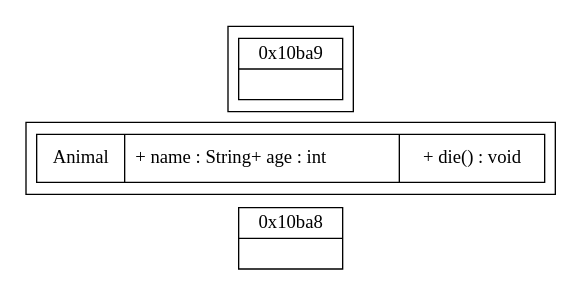
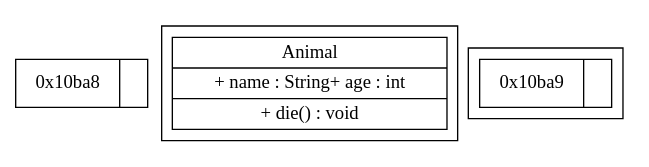
The diagram in dpdk/内存管理.md (sisyphus1212/note), drawn with Graphviz before and after one commit.

Commit message:
auto_update

````diff
--- a/dpdk/内存管理.md
+++ b/dpdk/内存管理.md
@@ -16,19 +16,19 @@
 ```graphviz
 digraph g {
-	rankdir=LR;
+
 	"node0" [
 		label = "0x10ba8| <f1>"
 		shape = "record"
 	];
 	subgraph cluster_0 {
-		Animal[label = "{Animal | + name : String+ age : int\l |+ die() : void}", shape = "record" ];
+		Animal[label = "{Animal | + name : String+ age : int |+ die() : void}", shape = "record" ];
 	}
 	subgraph cluster_1 {
 		rankdir=TB;
 		"node1" [
 			label = "0x10ba9| <f1>"
 			shape = "record"
 		];
 	}
 }
 ```
````
